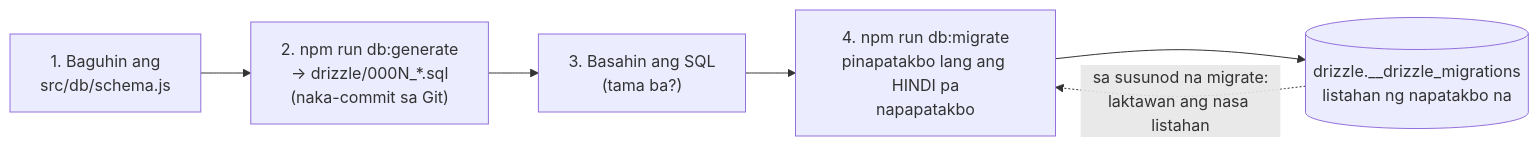
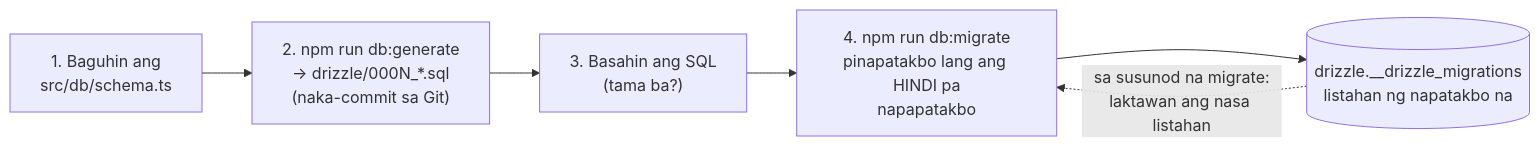
One commit to nelson1869-ai/auth-learning changed the second of 2 diagrams in docs/diagrams/02-er-diagram.md. Above: the diagram before and after it, drawn with Mermaid. The commit also changed other lines of this file and 20 other files, not shown here.

Commit message:
docs: .ts file names in diagrams and .http files, architecture, day 30-32 notes

````diff
--- a/docs/diagrams/02-er-diagram.md
+++ b/docs/diagrams/02-er-diagram.md
@@ -34,8 +34,8 @@
 ```mermaid
 flowchart LR
-    Schema["1. Baguhin ang<br/>src/db/schema.js"] --> Gen["2. npm run db:generate<br/>→ drizzle/000N_*.sql<br/>(naka-commit sa Git)"]
+    Schema["1. Baguhin ang<br/>src/db/schema.ts"] --> Gen["2. npm run db:generate<br/>→ drizzle/000N_*.sql<br/>(naka-commit sa Git)"]
     Gen --> Review["3. Basahin ang SQL<br/>(tama ba?)"]
     Review --> Mig["4. npm run db:migrate<br/>pinapatakbo lang ang HINDI pa<br/>napapatakbo"]
     Mig --> Journal[("drizzle.__drizzle_migrations<br/>listahan ng napatakbo na")]
     Journal -.->|"sa susunod na migrate:<br/>laktawan ang nasa listahan"| Mig
 ```
````
